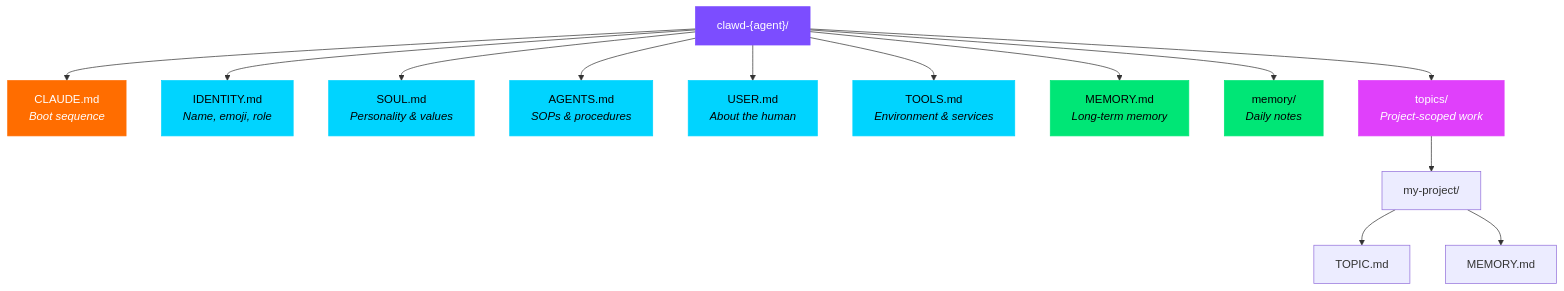
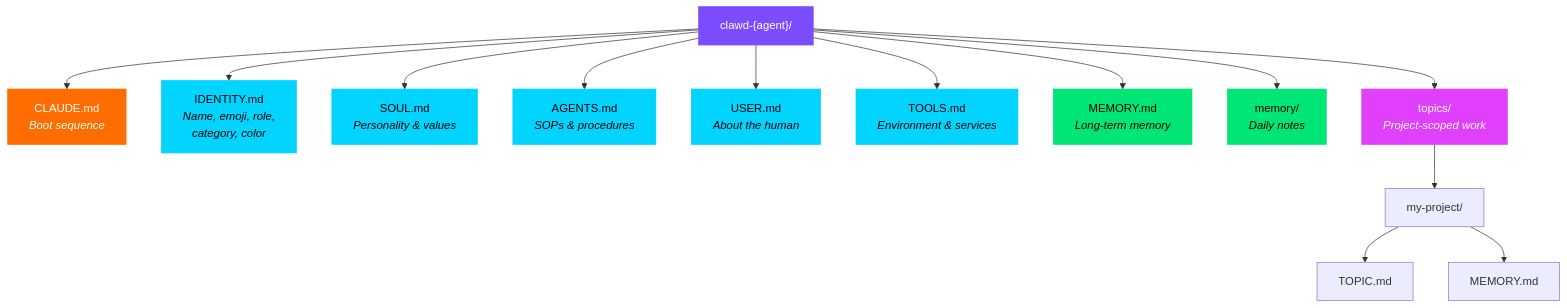
The second of 4 diagrams in docs/architecture.md (Source-Code-Alpha/ClawHive), drawn with Mermaid before and after one commit. The commit also changed other lines of this file and 3 other files, not shown here.

````diff
--- a/docs/architecture.md
+++ b/docs/architecture.md
@@ -73,27 +78,27 @@
 ```mermaid
 graph TD
     WS["clawd-{agent}/"] --> CLAUDE["CLAUDE.md<br/><i>Boot sequence</i>"]
-    WS --> IDENTITY["IDENTITY.md<br/><i>Name, emoji, role</i>"]
+    WS --> IDENTITY["IDENTITY.md<br/><i>Name, emoji, role,<br/>category, color</i>"]
     WS --> SOUL["SOUL.md<br/><i>Personality & values</i>"]
     WS --> AGENTS["AGENTS.md<br/><i>SOPs & procedures</i>"]
     WS --> USER["USER.md<br/><i>About the human</i>"]
     WS --> TOOLS["TOOLS.md<br/><i>Environment & services</i>"]
     WS --> MEMORY["MEMORY.md<br/><i>Long-term memory</i>"]
     WS --> MEM_DIR["memory/<br/><i>Daily notes</i>"]
     WS --> TOPICS["topics/<br/><i>Project-scoped work</i>"]
 
     TOPICS --> T1["my-project/"]
     T1 --> T1_TOPIC["TOPIC.md"]
     T1 --> T1_MEM["MEMORY.md"]
 
     style WS fill:#7c4dff,color:#fff,stroke:#7c4dff
     style CLAUDE fill:#ff6d00,color:#fff,stroke:#ff6d00
     style IDENTITY fill:#00d4ff,color:#000,stroke:#00d4ff
     style SOUL fill:#00d4ff,color:#000,stroke:#00d4ff
     style AGENTS fill:#00d4ff,color:#000,stroke:#00d4ff
     style USER fill:#00d4ff,color:#000,stroke:#00d4ff
     style TOOLS fill:#00d4ff,color:#000,stroke:#00d4ff
     style MEMORY fill:#00e676,color:#000,stroke:#00e676
     style MEM_DIR fill:#00e676,color:#000,stroke:#00e676
     style TOPICS fill:#e040fb,color:#fff,stroke:#e040fb
 ```
````
